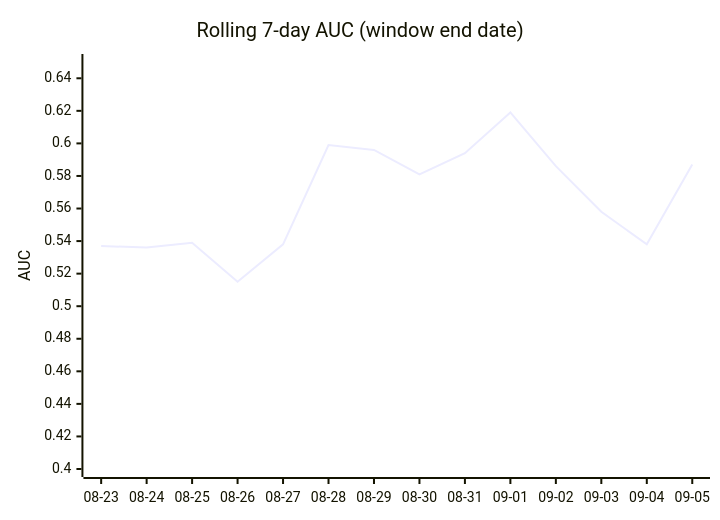
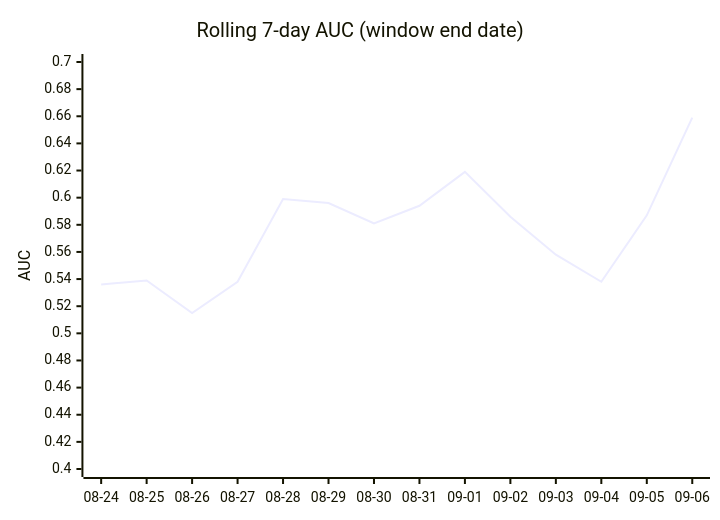
Before and after one commit to dpk1212/nhl-savant: the third of 4 diagrams in DAILY_AGSU_REPORT.md, drawn with Mermaid. The commit also changed other lines of this file, not shown here.

````diff
--- a/DAILY_AGSU_REPORT.md
+++ b/DAILY_AGSU_REPORT.md
@@ -862,7 +854,7 @@
 ```mermaid
 xychart-beta
     title "Rolling 7-day AUC (window end date)"
-    x-axis ["08-23", "08-24", "08-25", "08-26", "08-27", "08-28", "08-29", "08-30", "08-31", "09-01", "09-02", "09-03", "09-04", "09-05"]
-    y-axis "AUC" 0.4 --> 0.65
-    line [0.537, 0.536, 0.539, 0.515, 0.538, 0.599, 0.596, 0.581, 0.594, 0.619, 0.586, 0.558, 0.538, 0.587]
+    x-axis ["08-24", "08-25", "08-26", "08-27", "08-28", "08-29", "08-30", "08-31", "09-01", "09-02", "09-03", "09-04", "09-05", "09-06"]
+    y-axis "AUC" 0.4 --> 0.7
+    line [0.536, 0.539, 0.515, 0.538, 0.599, 0.596, 0.581, 0.594, 0.619, 0.586, 0.558, 0.538, 0.587, 0.659]
 ```
````
